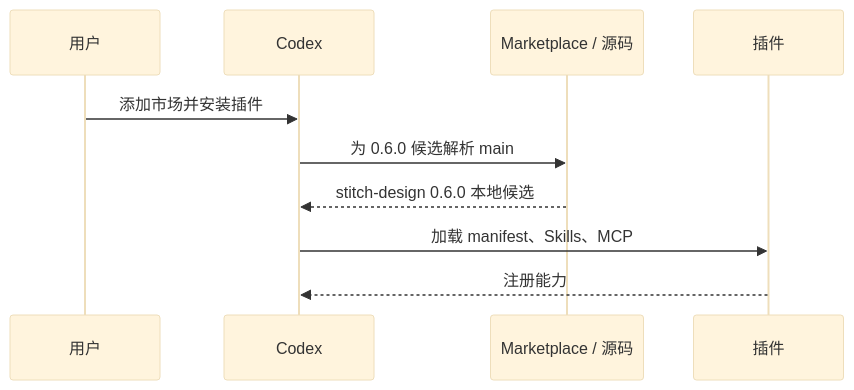
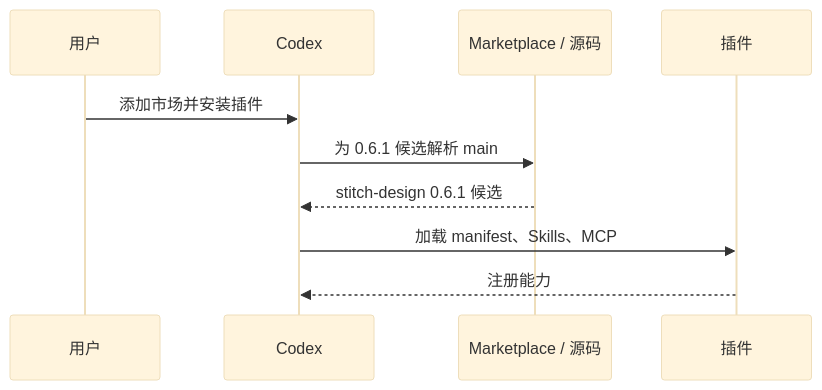
One commit to full-stack-plugins/stitch-design-plugin changed the seventh of 11 diagrams in docs/Stitch-Design-Architecture.zh_CN.md. Above: the diagram before and after it, drawn with Mermaid (base theme). The commit also changed other lines of this file and 16 other files, not shown here.

First line of the commit message:
chore: prepare Stitch Design 0.6.1 release

````diff
--- a/docs/Stitch-Design-Architecture.zh_CN.md
+++ b/docs/Stitch-Design-Architecture.zh_CN.md
@@ -158,12 +158,12 @@
 ```mermaid
 sequenceDiagram
     participant U as 用户
     participant C as Codex
     participant M as Marketplace / 源码
     participant P as 插件
     U->>C: 添加市场并安装插件
-    C->>M: 为 0.6.0 候选解析 main
-    M-->>C: stitch-design 0.6.0 本地候选
+    C->>M: 为 0.6.1 候选解析 main
+    M-->>C: stitch-design 0.6.1 候选
     C->>P: 加载 manifest、Skills、MCP
     P-->>C: 注册能力
 ```
````
